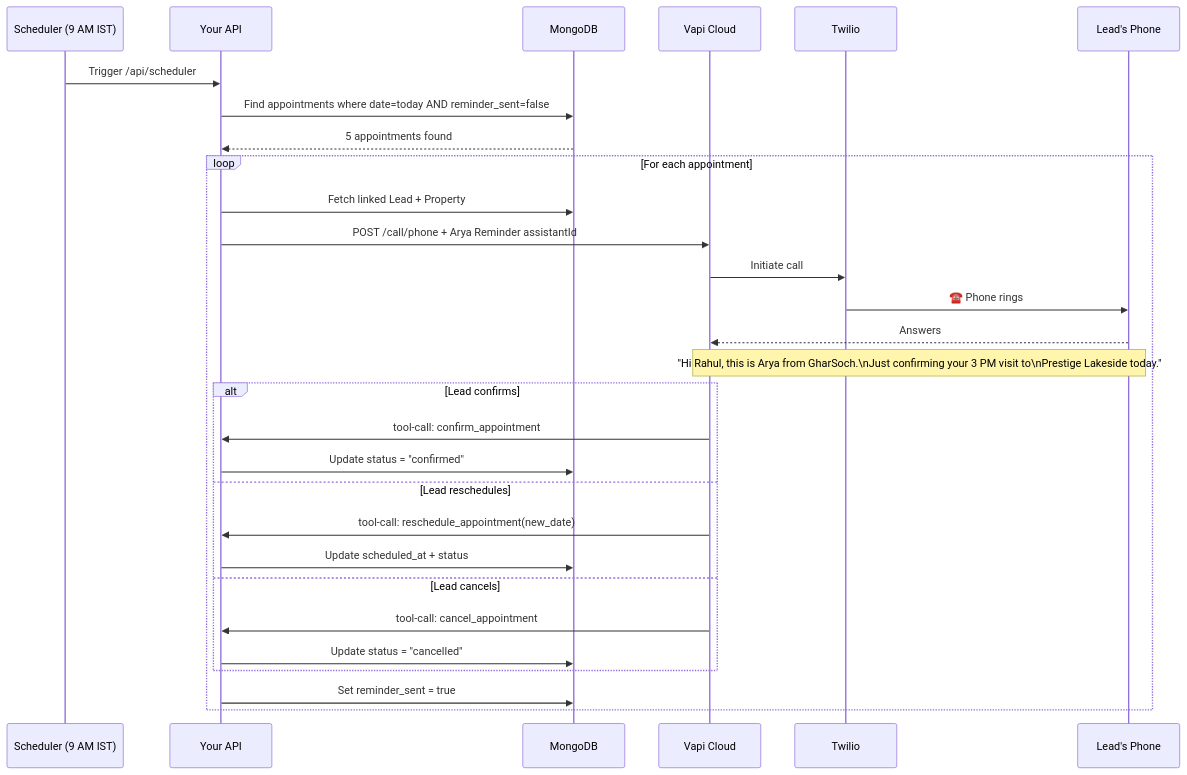
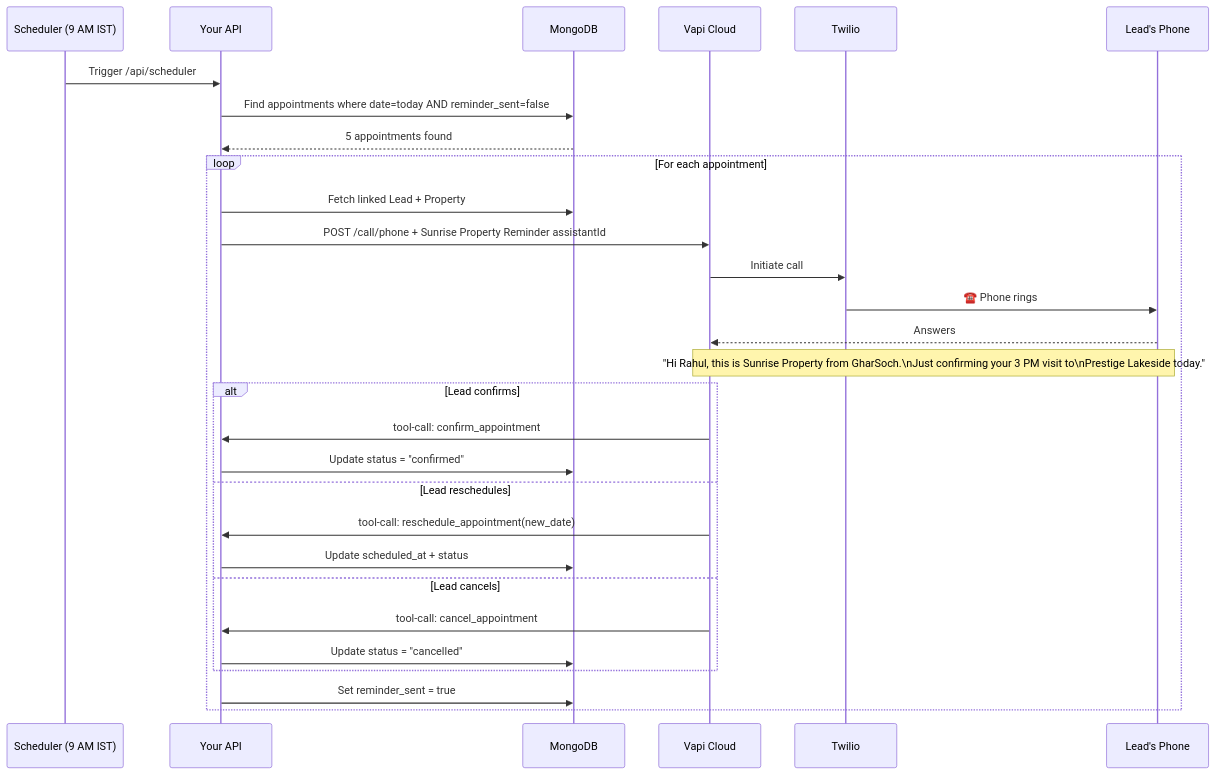
One commit to AnuragU03/GharSoch changed the fourth of 4 diagrams in gharsoc-web/docs/VOICE_ARCHITECTURE.md. Above: the diagram before and after it, drawn with Mermaid. The commit also changed other lines of this file and 42 other files, not shown here.

````diff
--- a/gharsoc-web/docs/VOICE_ARCHITECTURE.md
+++ b/gharsoc-web/docs/VOICE_ARCHITECTURE.md
@@ -126,36 +126,36 @@
 ```mermaid
 sequenceDiagram
     participant CRON as Scheduler (9 AM IST)
     participant A as Your API
     participant D as MongoDB
     participant V as Vapi Cloud
     participant T as Twilio
     participant L as Lead's Phone
 
     CRON->>A: Trigger /api/scheduler
     A->>D: Find appointments where date=today AND reminder_sent=false
     D-->>A: 5 appointments found
     
     loop For each appointment
         A->>D: Fetch linked Lead + Property
-        A->>V: POST /call/phone + Arya Reminder assistantId
+        A->>V: POST /call/phone + Sunrise Property Reminder assistantId
         V->>T: Initiate call
         T->>L: ☎️ Phone rings
         L-->>V: Answers
         
-        Note over V,L: "Hi Rahul, this is Arya from GharSoch.\nJust confirming your 3 PM visit to\nPrestige Lakeside today."
+        Note over V,L: "Hi Rahul, this is Sunrise Property from GharSoch.\nJust confirming your 3 PM visit to\nPrestige Lakeside today."
         
         alt Lead confirms
             V->>A: tool-call: confirm_appointment
             A->>D: Update status = "confirmed"
         else Lead reschedules
             V->>A: tool-call: reschedule_appointment(new_date)
             A->>D: Update scheduled_at + status
         else Lead cancels
             V->>A: tool-call: cancel_appointment
             A->>D: Update status = "cancelled"
         end
         
         A->>D: Set reminder_sent = true
     end
 ```
````
